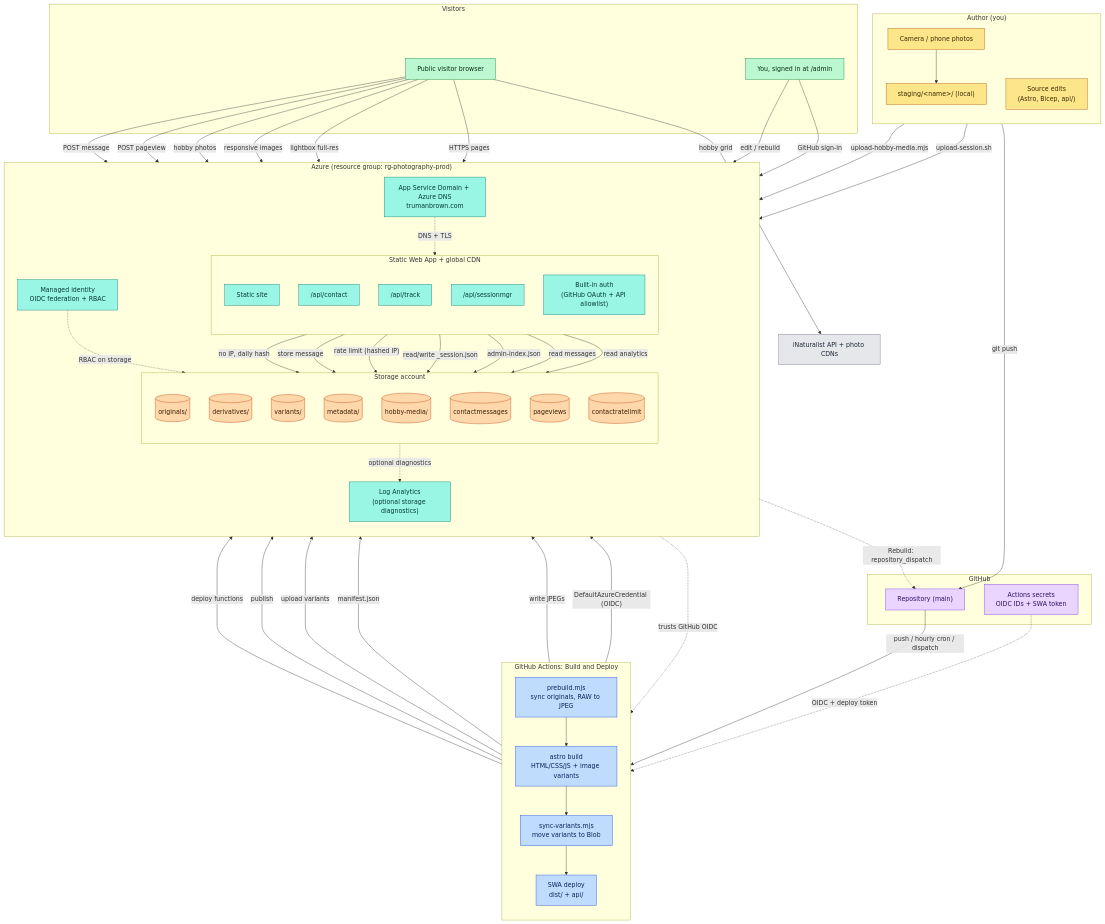
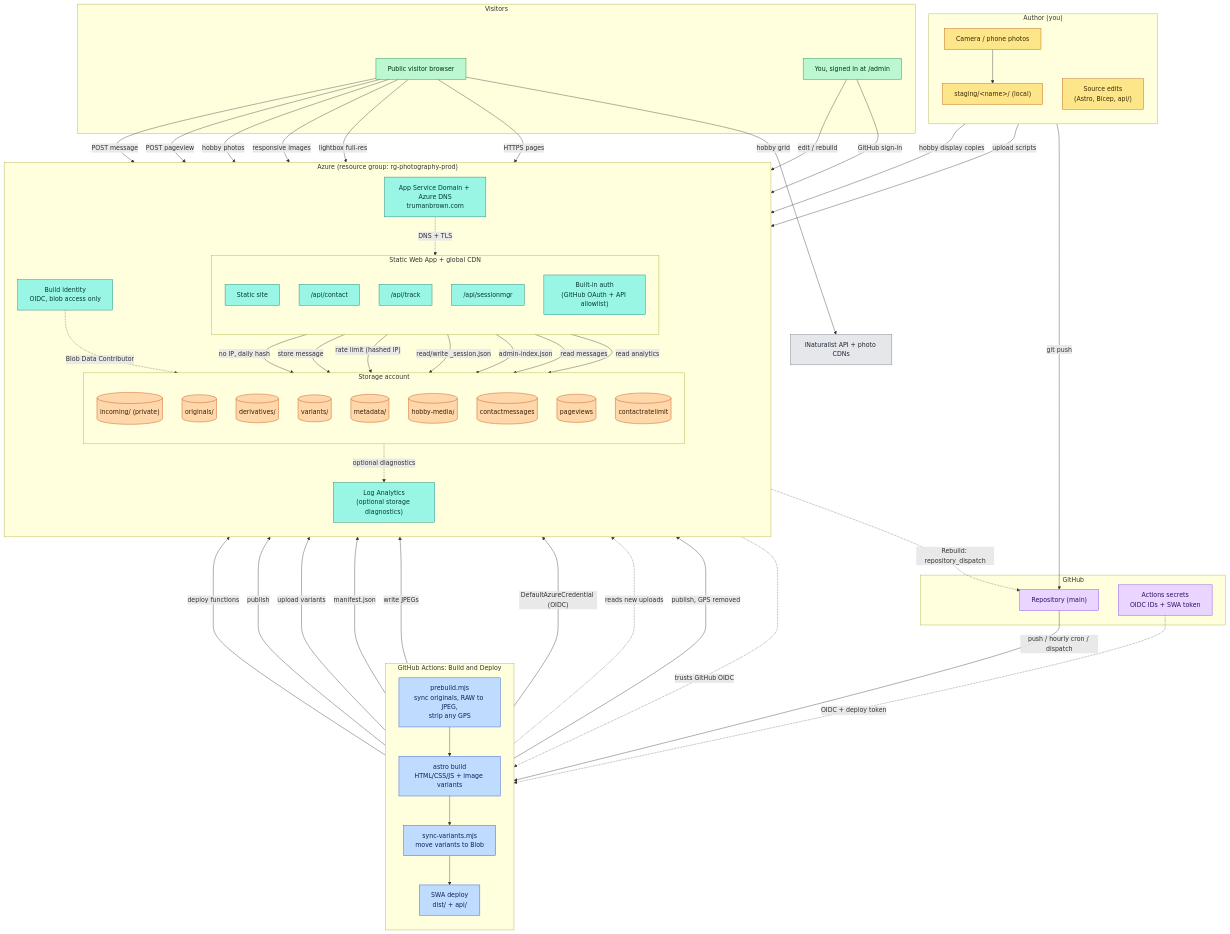
Before and after one commit to TrumanBrown/photography-website: the first of 3 diagrams in docs/architecture.md, drawn with Mermaid. The commit also changed other lines of this file and 14 other files, not shown here.

````diff
--- a/docs/architecture.md
+++ b/docs/architecture.md
@@ -60,7 +60,7 @@
 
     subgraph CI["GitHub Actions: Build and Deploy"]
         direction TB
-        PRE["prebuild.mjs<br/>sync originals, RAW to JPEG"]
+        PRE["prebuild.mjs<br/>sync originals, RAW to JPEG,<br/>strip any GPS"]
         BUILD["astro build<br/>HTML/CSS/JS + image variants"]
         SYNCV["sync-variants.mjs<br/>move variants to Blob"]
         DEPLOY["SWA deploy<br/>dist/ + api/"]
@@ -71,6 +71,7 @@
         direction TB
         subgraph SA["Storage account"]
             direction TB
+            INC[("incoming/ (private)")]
             ORIG[("originals/")]
             DERIV[("derivatives/")]
             VAR[("variants/")]
@@ -88,7 +89,7 @@
             FMGR["/api/sessionmgr"]
             AUTHN["Built-in auth<br/>(GitHub OAuth + API allowlist)"]
         end
-        IDENT["Managed identity<br/>OIDC federation + RBAC"]
+        IDENT["Build identity<br/>OIDC, blob access only"]
         MON["Log Analytics<br/>(optional storage diagnostics)"]
         DNS["App Service Domain + Azure DNS<br/>trumanbrown.com"]
     end
@@ -102,8 +103,10 @@
 
     %% build-time (write path)
     CAM --> STAGE
-    STAGE -- "upload-session.sh" --> ORIG
-    STAGE -- "upload-hobby-media.mjs" --> HMEDIA
+    STAGE -- "upload scripts" --> INC
+    STAGE -- "hobby display copies" --> HMEDIA
+    PRE -- "publish, GPS removed" --> ORIG
+    PRE -. "reads new uploads" .-> INC
     CODE -- "git push" --> REPO
     REPO -- "push / hourly cron / dispatch" --> PRE
     SECRETS -. "OIDC + deploy token" .-> CI
@@ -114,7 +117,7 @@
     DEPLOY -- "publish" --> STATIC
     DEPLOY -- "deploy functions" --> FCON
     IDENT -. "trusts GitHub OIDC" .-> CI
-    IDENT -. "RBAC on storage" .-> SA
+    IDENT -. "Blob Data Contributor" .-> SA
 
     %% run-time (read path)
     BROWSER -- "HTTPS pages" --> STATIC
@@ -141,7 +144,7 @@
     class REPO,SECRETS github;
     class PRE,BUILD,SYNCV,DEPLOY build;
     class STATIC,FCON,FTRK,FMGR,AUTHN,IDENT,MON,DNS azure;
-    class ORIG,DERIV,VAR,META,HMEDIA,TMSG,TPV,TRL store;
+    class INC,ORIG,DERIV,VAR,META,HMEDIA,TMSG,TPV,TRL store;
     class BROWSER,ADMIN runtime;
     class INAT third;
 ```
````
